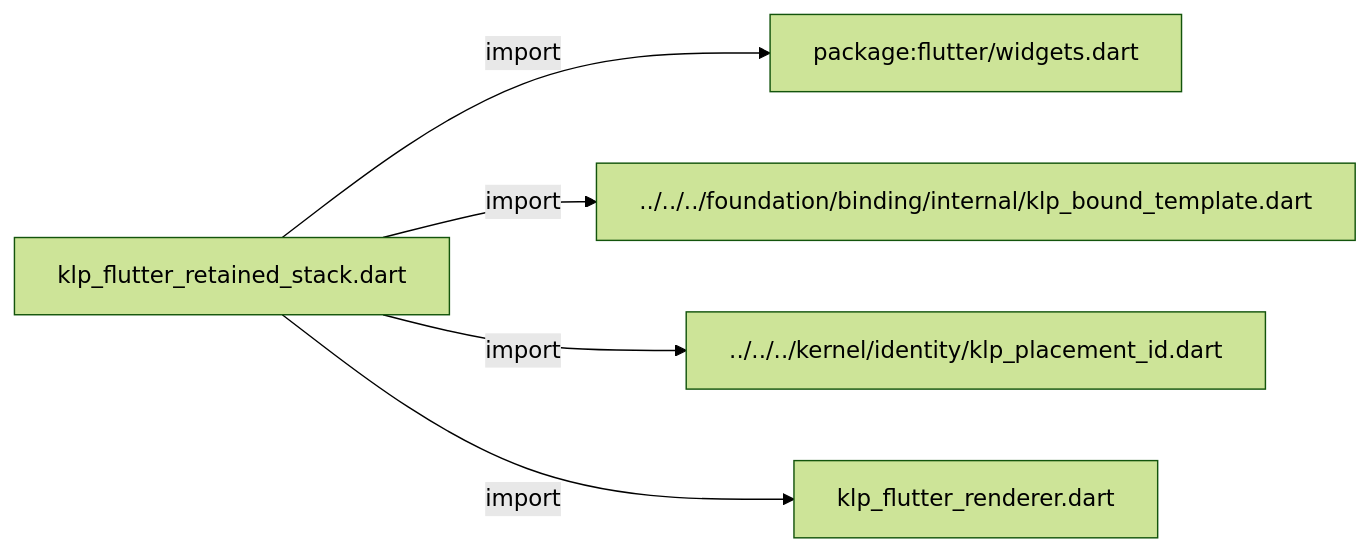
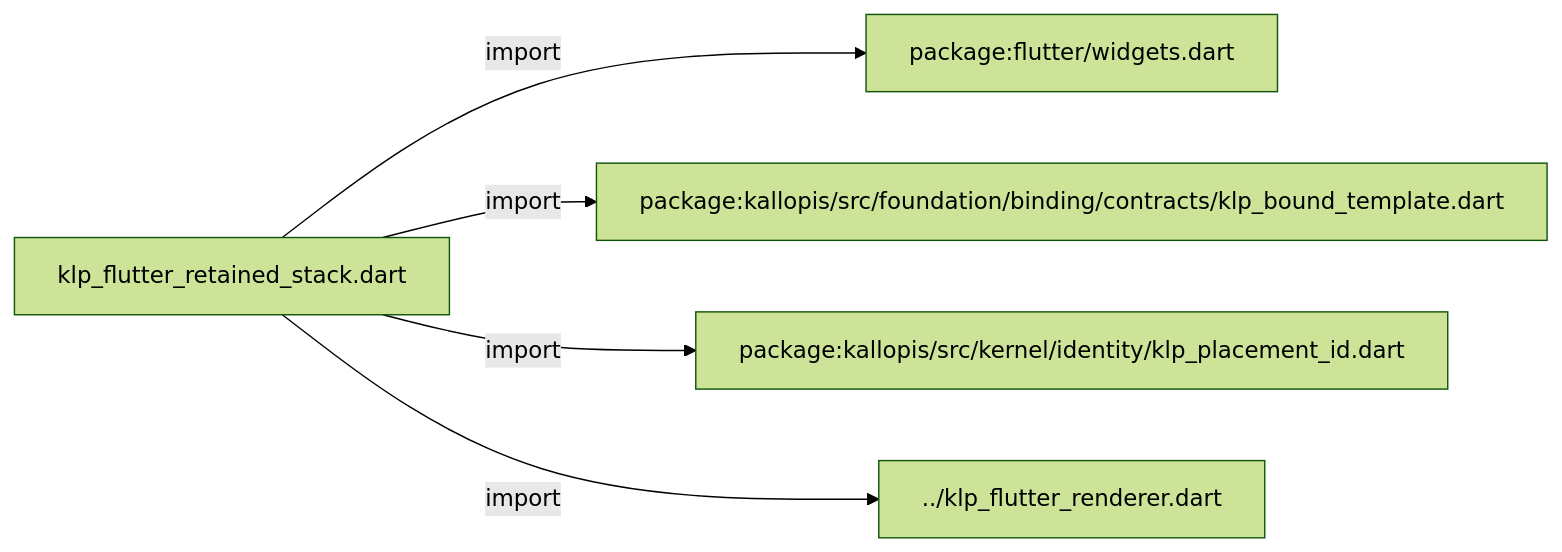
Before and after one commit to MiuDog/Kallopis: the first of 4 diagrams in docs/architecture/src/rendering/flutter/internal/klp_flutter_retained_stack.md, drawn with Mermaid (forest theme). The commit also changed other lines of this file and 9688 other files, not shown here.

Commit message:
Prepare isolated Flow F2 peer baseline

````diff
--- a/docs/architecture/src/rendering/flutter/internal/klp_flutter_retained_stack.md
+++ b/docs/architecture/src/rendering/flutter/internal/klp_flutter_retained_stack.md
@@ -11,12 +11,12 @@
 ```mermaid
 flowchart LR
 	n0["klp_flutter_retained_stack.dart"]
 	n1["package:flutter/widgets.dart"]
-	n2["../../../foundation/binding/internal/klp_bound_template.dart"]
-	n3["../../../kernel/identity/klp_placement_id.dart"]
-	n4["klp_flutter_renderer.dart"]
+	n2["package:kallopis/src/foundation/binding/contracts/klp_bound_template.dart"]
+	n3["package:kallopis/src/kernel/identity/klp_placement_id.dart"]
+	n4["../klp_flutter_renderer.dart"]
 	n0 -->|"import"| n1
 	n0 -->|"import"| n2
 	n0 -->|"import"| n3
 	n0 -->|"import"| n4
 ```
````
